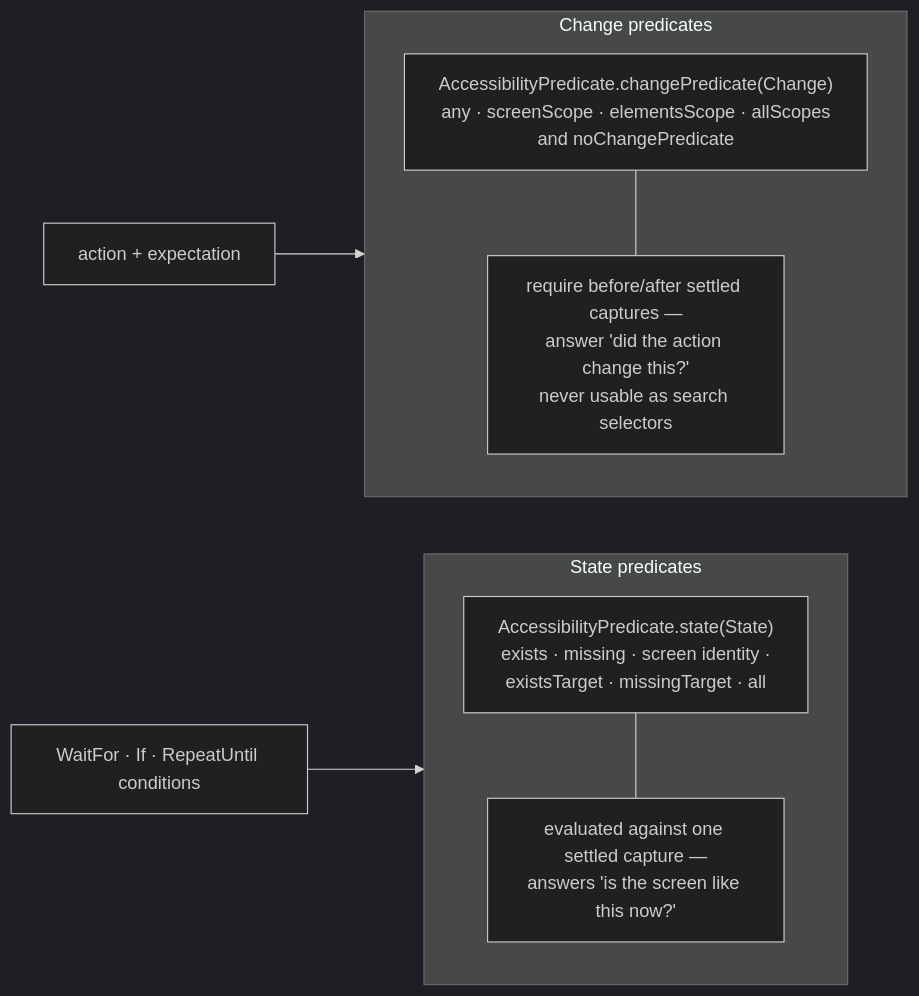
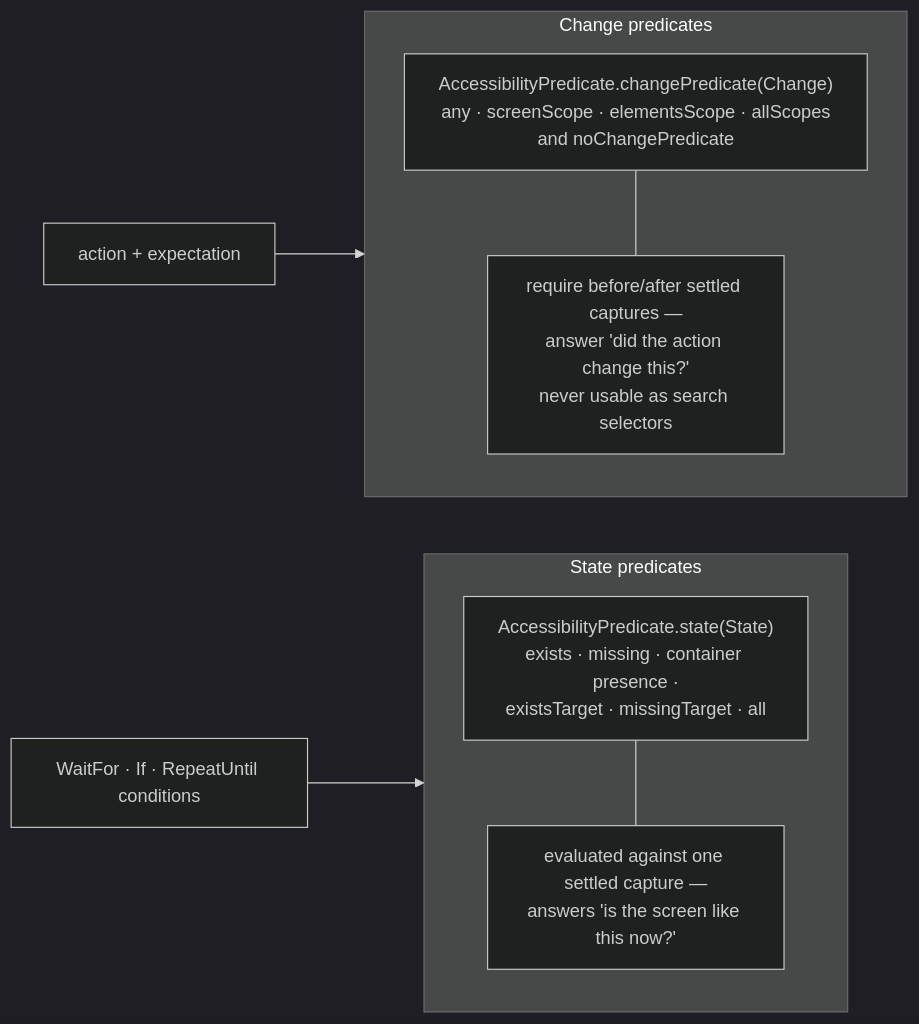
The second of 2 diagrams in docs/diagrams/dsl-grammar.md (RoyalPineapple/TheButtonHeist), drawn with Mermaid (dark theme) before and after one commit. The commit also changed 50 other files, not shown here.

Commit message:
Replace screen identity matching with container targets

````diff
--- a/docs/diagrams/dsl-grammar.md
+++ b/docs/diagrams/dsl-grammar.md
@@ -55,15 +55,15 @@
 ```mermaid
 flowchart LR
     subgraph statep["State predicates"]
-        STATE["AccessibilityPredicate.state(State)<br/>exists · missing · screen identity ·<br/>existsTarget · missingTarget · all"]
+        STATE["AccessibilityPredicate.state(State)<br/>exists · missing · container presence ·<br/>existsTarget · missingTarget · all"]
         NOTE1["evaluated against one settled capture —<br/>answers 'is the screen like this now?'"]
         STATE --- NOTE1
     end
     subgraph changep["Change predicates"]
         CHANGE["AccessibilityPredicate.changePredicate(Change)<br/>any · screenScope · elementsScope · allScopes<br/>and noChangePredicate"]
         NOTE2["require before/after settled captures —<br/>answer 'did the action change this?'<br/>never usable as search selectors"]
         CHANGE --- NOTE2
     end
     ACTIONK["action + expectation"] --> changep
     WAITK["WaitFor · If · RepeatUntil conditions"] --> statep
 ```
````
